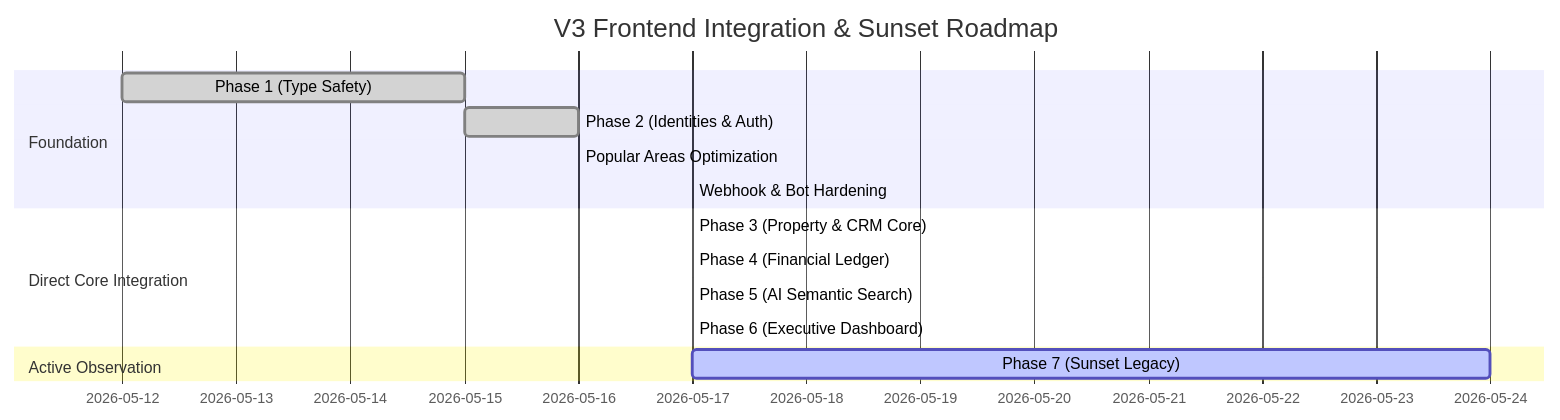
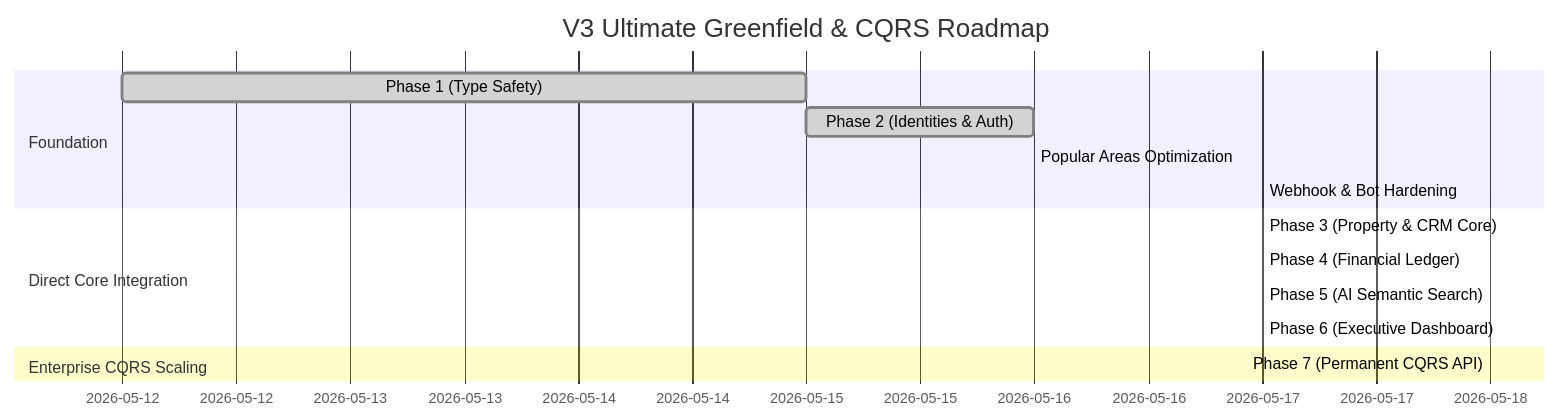
One commit to CazadorHT/realestate-crm changed the second of 2 diagrams in v3-database/v3_ultimate_hardening_summary แผนถัดไป.md. Above: the diagram before and after it, drawn with Mermaid. The commit also changed other lines of this file and 8 other files, not shown here.

````diff
--- a/v3-database/v3_ultimate_hardening_summary แผนถัดไป.md
+++ b/v3-database/v3_ultimate_hardening_summary แผนถัดไป.md
@@ -128,17 +130,17 @@
 ```mermaid
 gantt
-    title V3 Frontend Integration & Sunset Roadmap
+    title V3 Ultimate Greenfield & CQRS Roadmap
     dateFormat  YYYY-MM-DD
     section Foundation
     Phase 1 (Type Safety)       :done,    des1, 2026-05-12, 2026-05-15
     Phase 2 (Identities & Auth) :done,    des2, 2026-05-15, 2026-05-16
     Popular Areas Optimization  :done,    des2_1, 2026-05-16, 2026-05-16
     Webhook & Bot Hardening     :done,    des2_2, 2026-05-17, 2026-05-17
     section Direct Core Integration
     Phase 3 (Property & CRM Core) :done,  des3, 2026-05-17, 2026-05-17
     Phase 4 (Financial Ledger)    :done,  des4, 2026-05-17, 2026-05-17
     Phase 5 (AI Semantic Search)  :done,  des5, 2026-05-17, 2026-05-17
     Phase 6 (Executive Dashboard) :done,  des6, 2026-05-17, 2026-05-17
-    section Active Observation
-    Phase 7 (Sunset Legacy)       :active, des7, 2026-05-17, 7d
+    section Enterprise CQRS Scaling
+    Phase 7 (Permanent CQRS API)  :done,  des7, 2026-05-18, 2026-05-18
 ```
````
